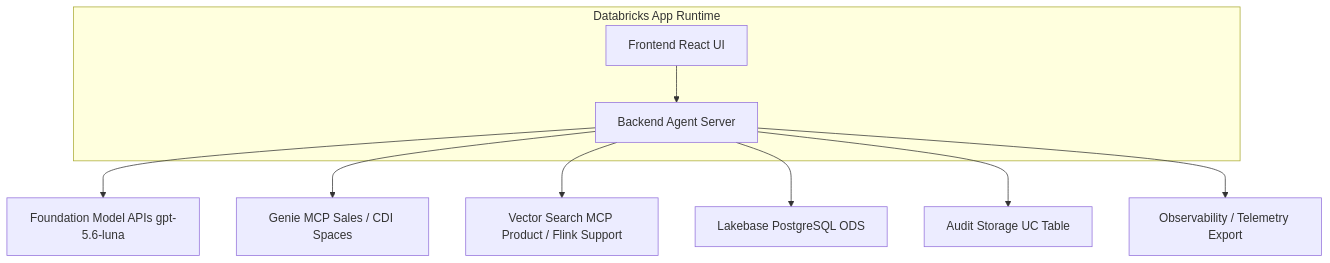
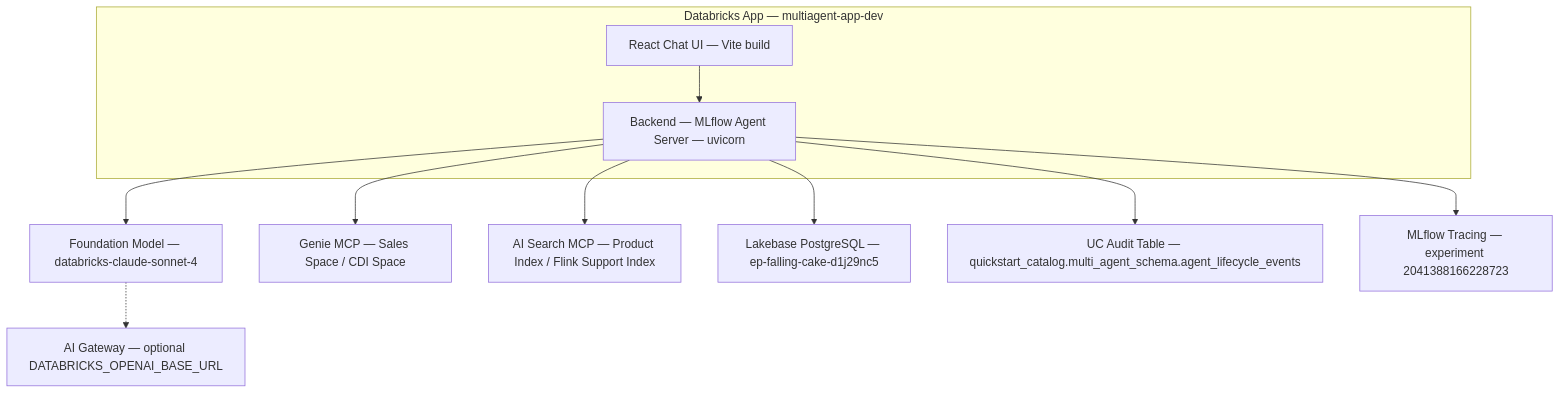
The second of 3 diagrams in docs/architecture/design-artifacts/05-deployment-high-level.md (wchen-dea/Governed-Multi-Agent-Intelligence-on-Databricks), drawn with Mermaid before and after one commit. The commit also changed other lines of this file and 51 other files, not shown here.

````diff
--- a/docs/architecture/design-artifacts/05-deployment-high-level.md
+++ b/docs/architecture/design-artifacts/05-deployment-high-level.md
@@ -20,15 +20,16 @@
 ```mermaid
 flowchart TB
-    subgraph DatabricksApp[Databricks App Runtime]
-        FE[Frontend React UI]
-        BE[Backend Agent Server]
+    subgraph DatabricksApp[Databricks App — multiagent-app-dev]
+        FE[React Chat UI — Vite build]
+        BE[Backend — MLflow Agent Server — uvicorn]
     end
 
     FE --> BE
-    BE --> MOD[Foundation Model APIs gpt-5.6-luna]
-    BE --> GEN[Genie MCP Sales / CDI Spaces]
-    BE --> VS[Vector Search MCP Product / Flink Support]
-    BE --> LB[Lakebase PostgreSQL ODS]
-    BE --> AUD[Audit Storage UC Table]
-    BE --> OBS[Observability / Telemetry Export]
+    BE --> FM[Foundation Model — databricks-claude-sonnet-4]
+    FM -.-> AIGW[AI Gateway — optional DATABRICKS_OPENAI_BASE_URL]
+    BE --> GENIE[Genie MCP — Sales Space / CDI Space]
+    BE --> AIS[AI Search MCP — Product Index / Flink Support Index]
+    BE --> LB[Lakebase PostgreSQL — ep-falling-cake-d1j29nc5]
+    BE --> AUD[UC Audit Table — quickstart_catalog.multi_agent_schema.agent_lifecycle_events]
+    BE --> OBS[MLflow Tracing — experiment 2041388166228723]
 ```
````
